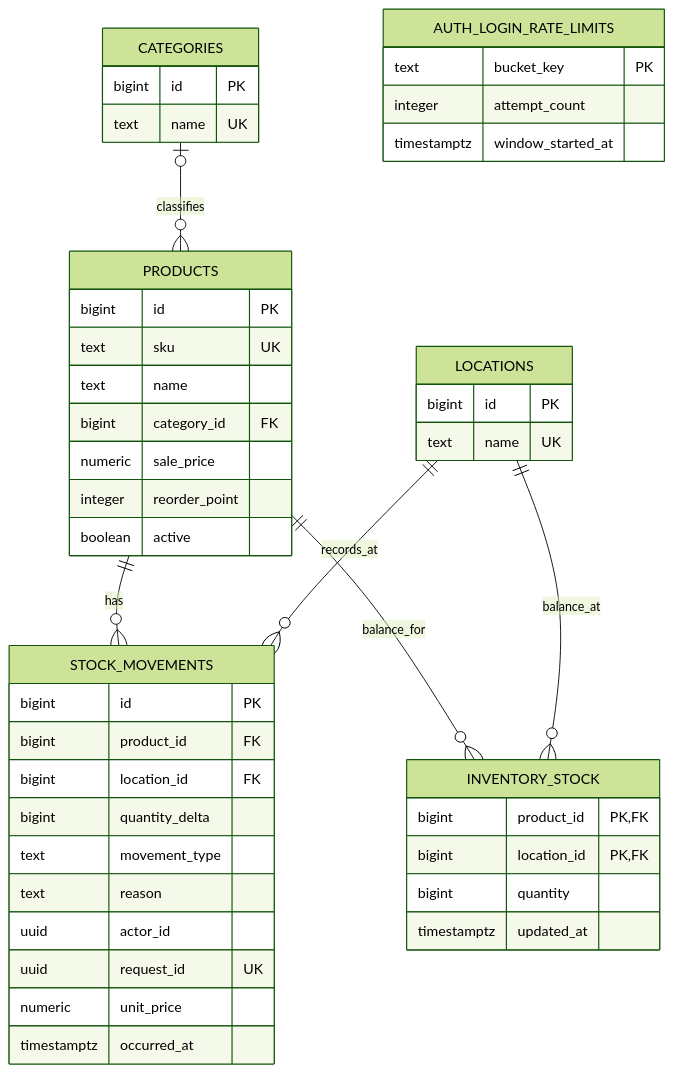
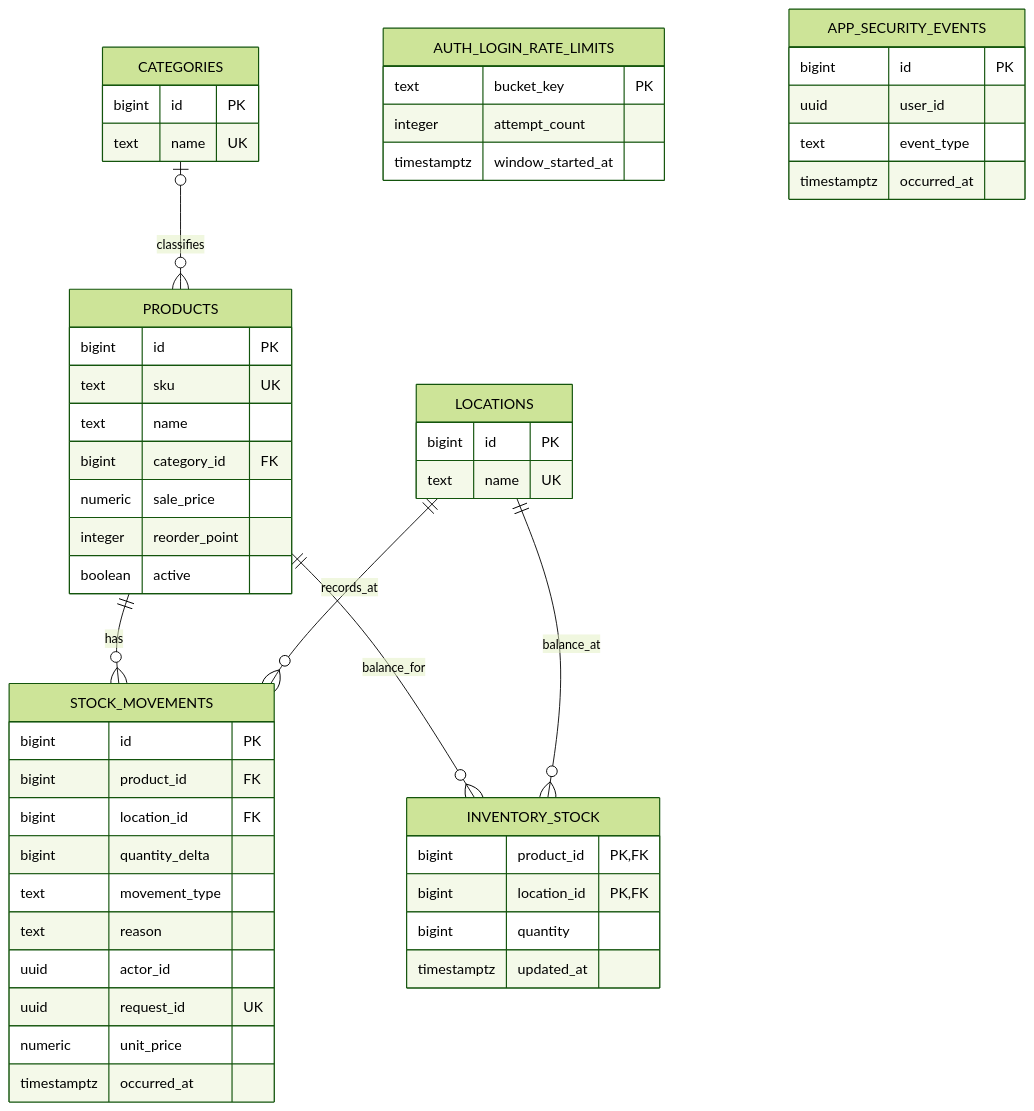
One commit to sysinfo7/Inventory_System changed the first of 2 diagrams in docs/ARCHITECTURE.md. Above: the diagram before and after it, drawn with Mermaid (forest theme). The commit also changed other lines of this file and 17 other files, not shown here.

````diff
--- a/docs/ARCHITECTURE.md
+++ b/docs/ARCHITECTURE.md
@@ -15,48 +15,54 @@
 ```mermaid
 erDiagram
     CATEGORIES o|--o{ PRODUCTS : classifies
     PRODUCTS ||--o{ STOCK_MOVEMENTS : has
     LOCATIONS ||--o{ STOCK_MOVEMENTS : records_at
     PRODUCTS ||--o{ INVENTORY_STOCK : balance_for
     LOCATIONS ||--o{ INVENTORY_STOCK : balance_at
     PRODUCTS {
         bigint id PK
         text sku UK
         text name
         bigint category_id FK
         numeric sale_price
         integer reorder_point
         boolean active
     }
     CATEGORIES {
         bigint id PK
         text name UK
     }
     LOCATIONS {
         bigint id PK
         text name UK
     }
     STOCK_MOVEMENTS {
         bigint id PK
         bigint product_id FK
         bigint location_id FK
         bigint quantity_delta
         text movement_type
         text reason
         uuid actor_id
         uuid request_id UK
         numeric unit_price
         timestamptz occurred_at
     }
     INVENTORY_STOCK {
         bigint product_id PK, FK
         bigint location_id PK, FK
         bigint quantity
         timestamptz updated_at
     }
     AUTH_LOGIN_RATE_LIMITS {
         text bucket_key PK
         integer attempt_count
         timestamptz window_started_at
     }
+    APP_SECURITY_EVENTS {
+        bigint id PK
+        uuid user_id
+        text event_type
+        timestamptz occurred_at
+    }
 ```
````
